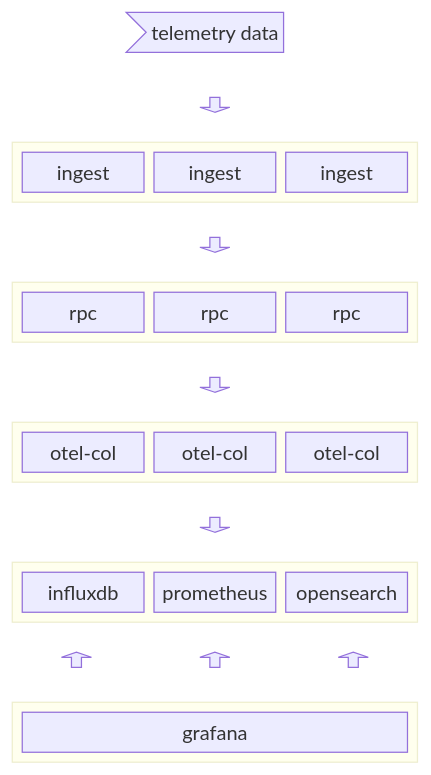
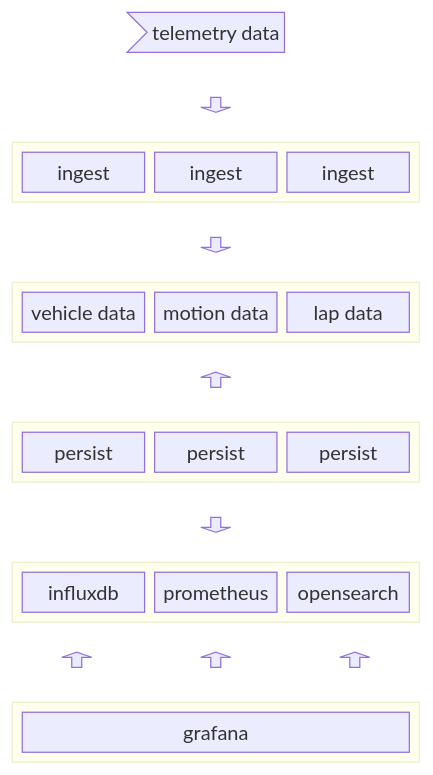
Before and after one commit to Isnor/formulatel: the diagram in readme.md, drawn with Mermaid. The commit also changed other lines of this file and 4 other files, not shown here.

Commit message:
add grafana; update readme diagram

````diff
--- a/readme.md
+++ b/readme.md
@@ -64,42 +65,43 @@
 ```mermaid
 block-beta
 columns 3
 tel>"telemetry data"]:3
 space down1<[" "]>(down) space
 
 block:ingest_servcice:3
     i1["ingest"]
     i2["ingest"]
     i3["ingest"]
 end
 
 space down2<[" "]>(down) space
 
-block:rpc_service:3
-    r1["rpc"]
-    r2["rpc"]
-    r3["rpc"]
+
+block:kafka:3
+    kafka1["vehicle data"]
+    kafka2["motion data"]
+    kafka3["lap data"]
 end
 
-space down3<[" "]>(down) space
+space down3<[" "]>(up) space
 
-block:otel_col:3
-    otel1["otel-col"]
-    otel2["otel-col"]
-    otel3["otel-col"]
+block:persist:3
+    persist1["persist"]
+    persist2["persist"]
+    persist3["persist"]
 end
 
 space down4<[" "]>(down) space
 
 block:datastore:3
     influxdb
     prometheus
     opensearch
 end
 
 up1<[" "]>(up) up2<[" "]>(up) up3<[" "]>(up)
 
 block:visualize:3
     grafana
 end
 ```
````
